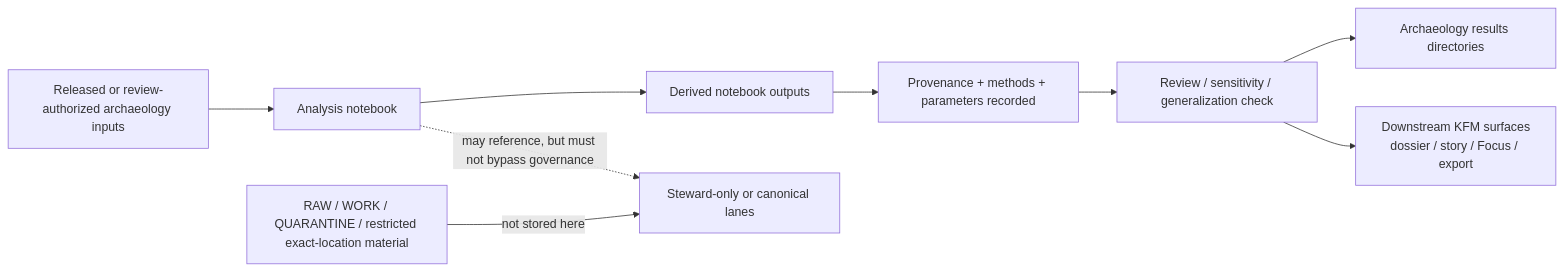
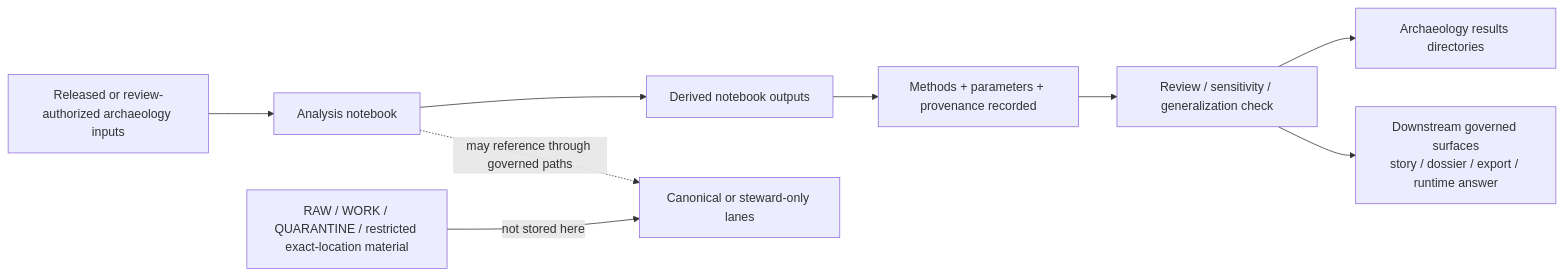
One commit to bartytime4life/Kansas-Frontier-Matrix changed the diagram in docs/analyses/archaeology/results/notebooks/README.md. Above: the diagram before and after it, drawn with Mermaid. The commit also changed other lines of this file, not shown here.

````diff
--- a/docs/analyses/archaeology/results/notebooks/README.md
+++ b/docs/analyses/archaeology/results/notebooks/README.md
@@ -233,12 +232,12 @@
 ```mermaid
 flowchart LR
     A[Released or review-authorized archaeology inputs] --> B[Analysis notebook]
     B --> C[Derived notebook outputs]
-    C --> D[Provenance + methods + parameters recorded]
+    C --> D[Methods + parameters + provenance recorded]
     D --> E[Review / sensitivity / generalization check]
     E --> F[Archaeology results directories]
-    E --> G[Downstream KFM surfaces<br/>dossier / story / Focus / export]
+    E --> G[Downstream governed surfaces<br/>story / dossier / export / runtime answer]
 
-    X[RAW / WORK / QUARANTINE / restricted exact-location material] -->|not stored here| Y[Steward-only or canonical lanes]
-    B -. may reference, but must not bypass governance .-> Y
+    X[RAW / WORK / QUARANTINE / restricted exact-location material] -->|not stored here| Y[Canonical or steward-only lanes]
+    B -. may reference through governed paths .-> Y
 ```
````
